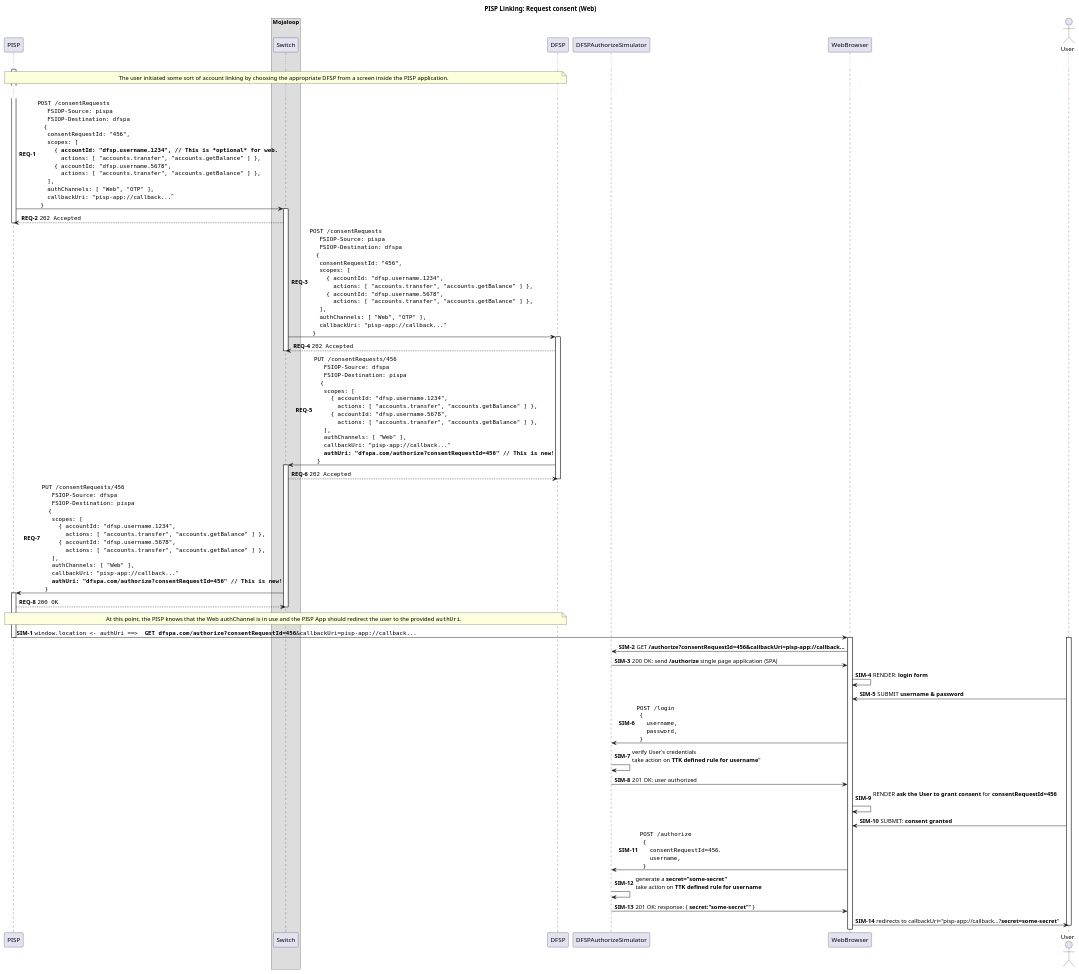
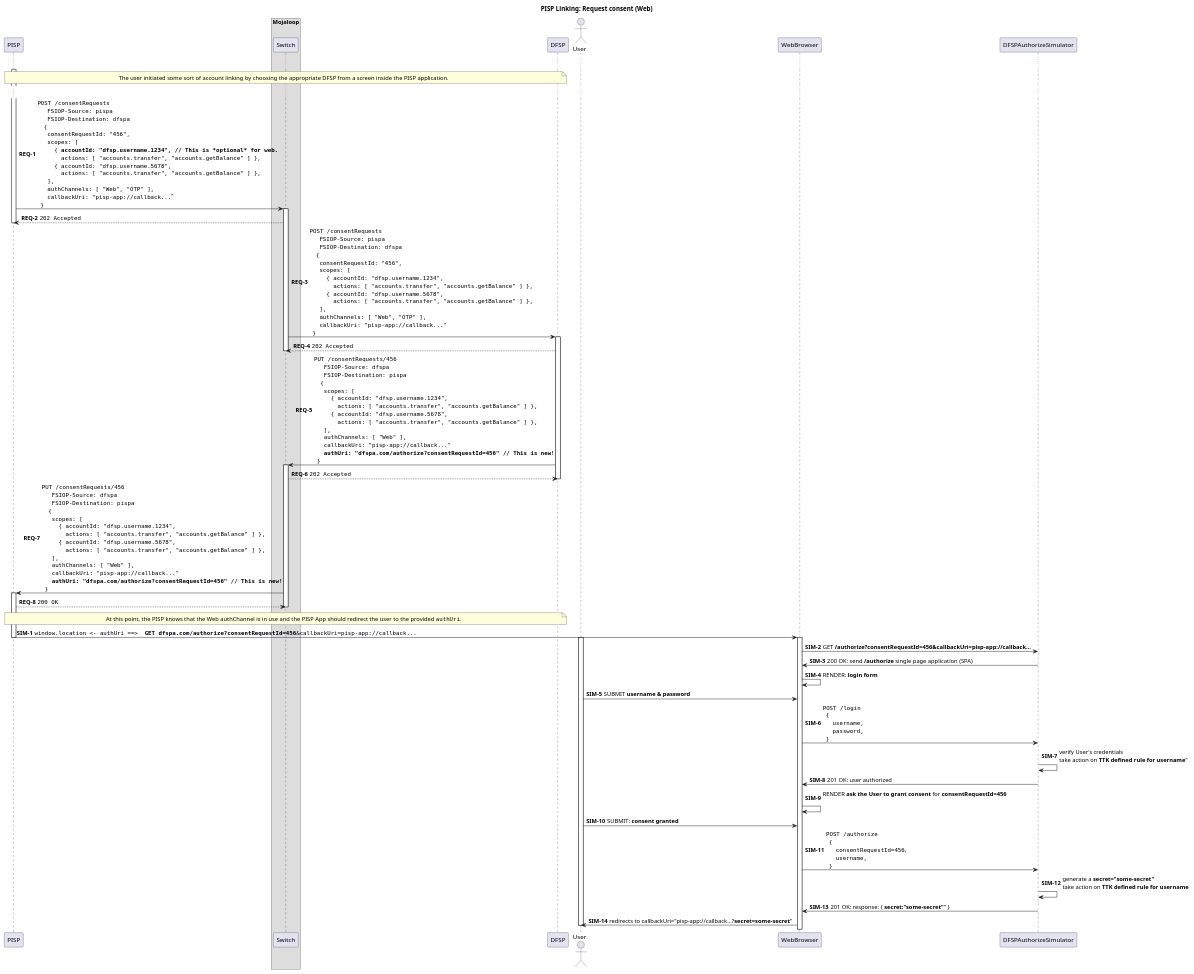
The diagram in docs/linking/2-request-consent-web.puml (mojaloop/pisp-project), drawn with PlantUML before and after one commit. The commit also changed 2 other files, not shown here.

```diff
--- a/docs/linking/2-request-consent-web.puml
+++ b/docs/linking/2-request-consent-web.puml
@@ -1,131 +1,130 @@
 @startuml
 
 title PISP Linking: Request consent (Web)
 
 participant "PISP" as PISP
 
 box "Mojaloop"
     participant Switch
 end box
 
 participant DFSP
 
+actor User
+participant WebBrowser
 participant DFSPAuthorizeSimulator
-participant WebBrowser
-
-actor User
 
 autonumber 1 "<b>REQ-#</b>"
 
 activate PISP
 
 ...
 
 note over PISP, DFSP
     The user initiated some sort of account linking by choosing the appropriate DFSP from a screen inside the PISP application.
 end note
 
 ...
 
 PISP -> Switch ++: ""POST /consentRequests""\n\
   ""  FSIOP-Source: pispa""\n\
   ""  FSIOP-Destination: dfspa""\n\
   "" {""\n\
   ""  consentRequestId: "456",""\n\
   ""  scopes: [ ""\n\
   ""    { **accountId: "dfsp.username.1234", // This is *optional* for web.**""\n\
   ""      actions: [ "accounts.transfer", "accounts.getBalance" ] },""\n\
   ""    { accountId: "dfsp.username.5678",""\n\
   ""      actions: [ "accounts.transfer", "accounts.getBalance" ] },""\n\
   ""  ],""\n\
   ""  authChannels: [ "Web", "OTP" ],""\n\
   ""  callbackUri: "pisp-app://callback..."""\n\
   ""}""
 Switch --> PISP: ""202 Accepted""
 deactivate PISP
 
 Switch -> DFSP ++:  ""POST /consentRequests""\n\
   ""  FSIOP-Source: pispa""\n\
   ""  FSIOP-Destination: dfspa""\n\
   "" {""\n\
   ""  consentRequestId: "456",""\n\
   ""  scopes: [ ""\n\
   ""    { accountId: "dfsp.username.1234",""\n\
   ""      actions: [ "accounts.transfer", "accounts.getBalance" ] },""\n\
   ""    { accountId: "dfsp.username.5678",""\n\
   ""      actions: [ "accounts.transfer", "accounts.getBalance" ] },""\n\
   ""  ],""\n\
   ""  authChannels: [ "Web", "OTP" ],""\n\
   ""  callbackUri: "pisp-app://callback..."""\n\
   ""}""
 DFSP --> Switch: ""202 Accepted""
 deactivate Switch
 
 DFSP -> Switch ++: ""PUT /consentRequests/456""\n\
   ""  FSIOP-Source: dfspa""\n\
   ""  FSIOP-Destination: pispa""\n\
   "" {""\n\
   ""  scopes: [ ""\n\
   ""    { accountId: "dfsp.username.1234",""\n\
   ""      actions: [ "accounts.transfer", "accounts.getBalance" ] },""\n\
   ""    { accountId: "dfsp.username.5678",""\n\
   ""      actions: [ "accounts.transfer", "accounts.getBalance" ] },""\n\
   ""  ],""\n\
   ""  authChannels: [ "Web" ],""\n\
   ""  callbackUri: "pisp-app://callback..."""\n\
   ""  **authUri: "dfspa.com/authorize?consentRequestId=456" // This is new!**""\n\
   ""}""
 ' TODO: Should this be 200 OK? or 202 Accepted?
 Switch --> DFSP: ""202 Accepted""
 deactivate DFSP
 
 Switch -> PISP ++: ""PUT /consentRequests/456""\n\
   ""  FSIOP-Source: dfspa""\n\
   ""  FSIOP-Destination: pispa""\n\
   "" {""\n\
   ""  scopes: [ ""\n\
   ""    { accountId: "dfsp.username.1234",""\n\
   ""      actions: [ "accounts.transfer", "accounts.getBalance" ] },""\n\
   ""    { accountId: "dfsp.username.5678",""\n\
   ""      actions: [ "accounts.transfer", "accounts.getBalance" ] },""\n\
   ""  ],""\n\
   ""  authChannels: [ "Web" ],""\n\
   ""  callbackUri: "pisp-app://callback..."""\n\
   ""  **authUri: "dfspa.com/authorize?consentRequestId=456" // This is new!**""\n\
   ""}""
 PISP --> Switch: ""200 OK""
 deactivate Switch
 
 note over PISP, DFSP
   At this point, the PISP knows that the Web authChannel is in use and the PISP App should redirect the user to the provided ""authUri"".
 end note
 
 autonumber 1 "<b>SIM-#</b>"
 
 PISP -> WebBrowser: ""window.location <- authUri ==> ** GET dfspa.com/authorize?consentRequestId=456**&callbackUri=pisp-app://callback...""
 deactivate PISP
 activate WebBrowser
 activate User
 WebBrowser -> DFSPAuthorizeSimulator: GET **/authorize?consentRequestId=456&callbackUri=pisp-app://callback...**
 DFSPAuthorizeSimulator -> WebBrowser: 200 OK: send **/authorize** single page application (SPA)
 WebBrowser -> WebBrowser: RENDER: **login form**
 User -> WebBrowser: SUBMIT **username & password**
 WebBrowser -> DFSPAuthorizeSimulator: ""POST /login""\n\
   ""{""\n\
   ""  username,""\n\
   ""  password,""\n\
   ""}""
 DFSPAuthorizeSimulator -> DFSPAuthorizeSimulator: verify User's credentials \ntake action on **TTK defined rule for username**"
 DFSPAuthorizeSimulator -> WebBrowser: 201 OK: user authorized
 WebBrowser -> WebBrowser: RENDER **ask the User to grant consent** for **consentRequestId=456**\n
 User -> WebBrowser: SUBMIT: **consent granted**
 WebBrowser -> DFSPAuthorizeSimulator: ""POST /authorize""\n\
   ""{""\n\
   ""  consentRequestId=456"",\n\
   ""  username,""\n\
   ""}""
 DFSPAuthorizeSimulator -> DFSPAuthorizeSimulator: generate a **secret="some-secret"**\ntake action on **TTK defined rule for username**
 DFSPAuthorizeSimulator -> WebBrowser: 201 OK: response: { **secret:"some-secret"**" }
 WebBrowser -> User: redirects to callbackUri="pisp-app://callback...?**secret=some-secret**"
 deactivate User
 @enduml
```
